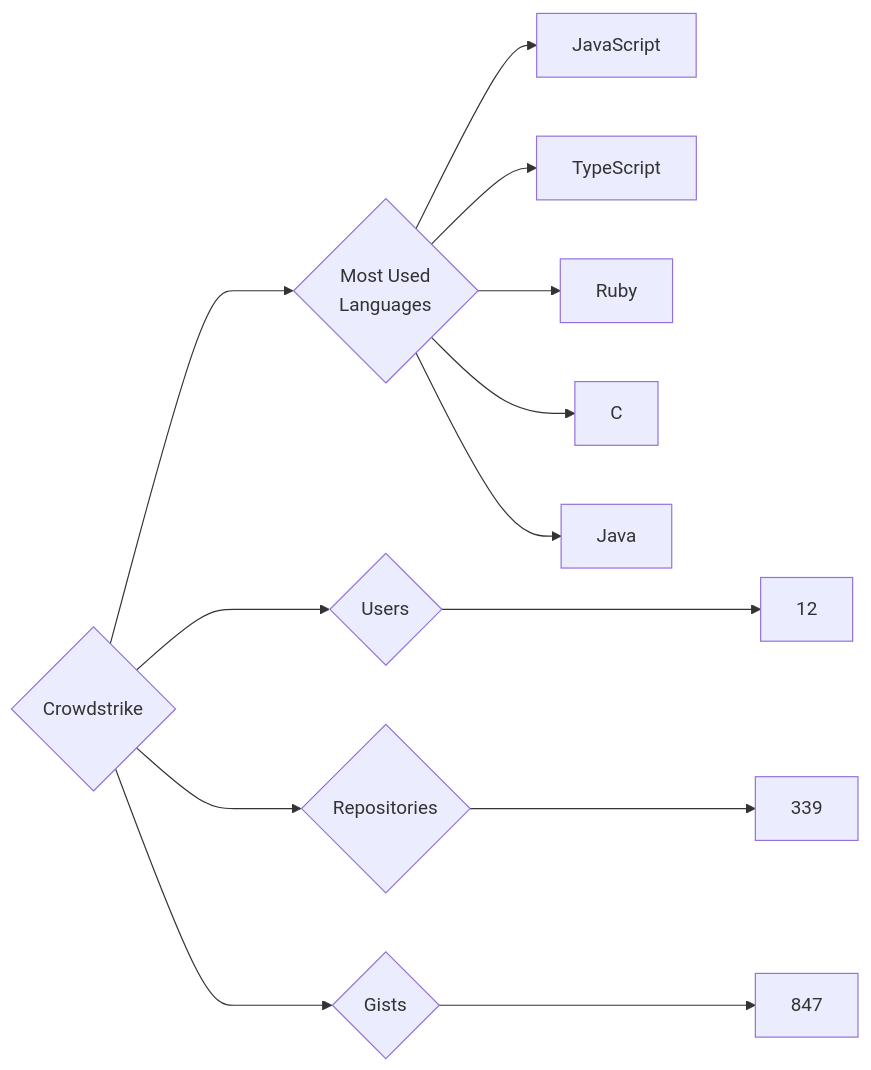
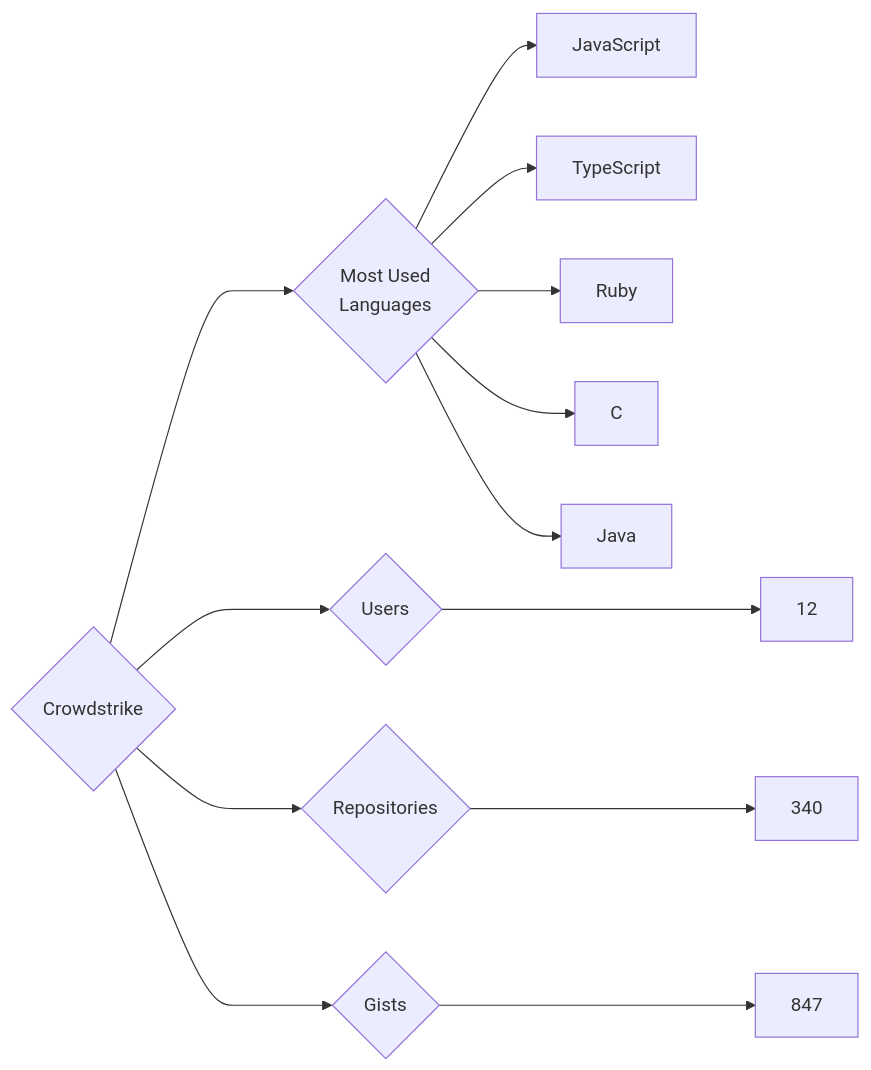
Before and after one commit to trickest/insiders: the diagram in targets/Crowdstrike/README.md, drawn with Mermaid. The commit also changed 750 other files, not shown here.

````diff
--- a/targets/Crowdstrike/README.md
+++ b/targets/Crowdstrike/README.md
@@ -3,13 +3,13 @@
 ```mermaid
 graph LR
 COMPANY_NAME{Crowdstrike}
 COMPANY_NAME ---> U{Users} ---> UN[12]
-COMPANY_NAME ---> R{Repositories} ---> RN[339]
+COMPANY_NAME ---> R{Repositories} ---> RN[340]
 COMPANY_NAME ---> G{Gists} ---> GN[847]
 COMPANY_NAME ---> ML{Most Used<br>Languages}
 ML --> JavaScript[JavaScript]
 ML --> TypeScript[TypeScript]
 ML --> Ruby[Ruby]
 ML --> C[C]
 ML --> Java[Java]
 ```
````
